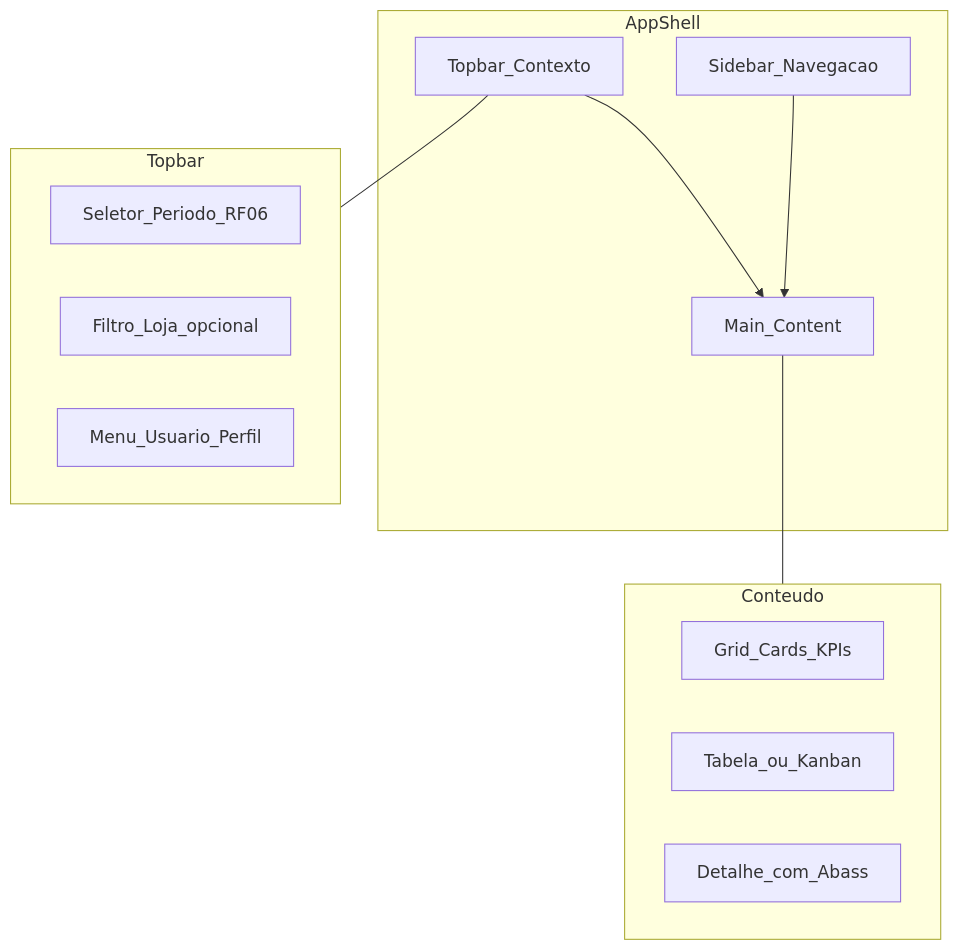
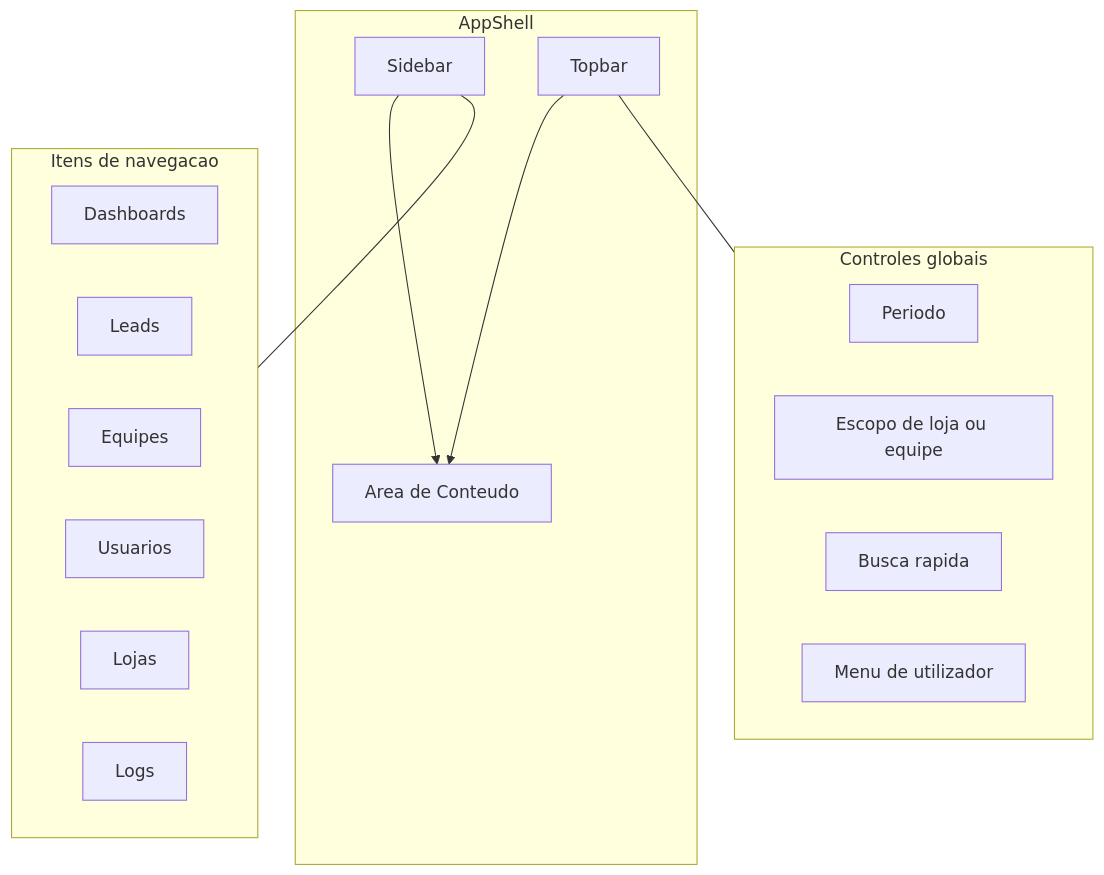
The second of 8 diagrams in docs/architecture/frontend-information-architecture.md (ErrorSquad-ABP/ABP3-Sistema-Gestao-Leads), drawn with Mermaid before and after one commit. The commit also changed other lines of this file and 6 other files, not shown here.

````diff
--- a/docs/architecture/frontend-information-architecture.md
+++ b/docs/architecture/frontend-information-architecture.md
@@ -149,22 +128,31 @@
 ```mermaid
 flowchart TB
-  subgraph shell [AppShell]
-    SB[Sidebar_Navegacao]
-    TB[Topbar_Contexto]
-    MC[Main_Content]
+  subgraph Shell[AppShell]
+    Sidebar[Sidebar]
+    Topbar[Topbar]
+    Content[Area de Conteudo]
   end
-  TB --> MC
-  SB --> MC
-  subgraph topwidgets [Topbar]
-    Periodo[Seletor_Periodo_RF06]
-    Loja[Filtro_Loja_opcional]
-    UserMenu[Menu_Usuario_Perfil]
+
+  Sidebar --> Content
+  Topbar --> Content
+
+  subgraph SidebarItems[Itens de navegacao]
+    NavDash[Dashboards]
+    NavLeads[Leads]
+    NavTeams[Equipes]
+    NavUsers[Usuarios]
+    NavStores[Lojas]
+    NavLogs[Logs]
   end
-  TB --- topwidgets
-  subgraph maintypes [Conteudo]
-    Grid[Grid_Cards_KPIs]
-    Tbl[Tabela_ou_Kanban]
-    Detail[Detalhe_com_Abass]
+
+  Sidebar --- SidebarItems
+
+  subgraph TopbarItems[Controles globais]
+    Period[Periodo]
+    Scope[Escopo de loja ou equipe]
+    Search[Busca rapida]
+    UserMenu[Menu de utilizador]
   end
-  MC --- maintypes
+
+  Topbar --- TopbarItems
 ```
````
